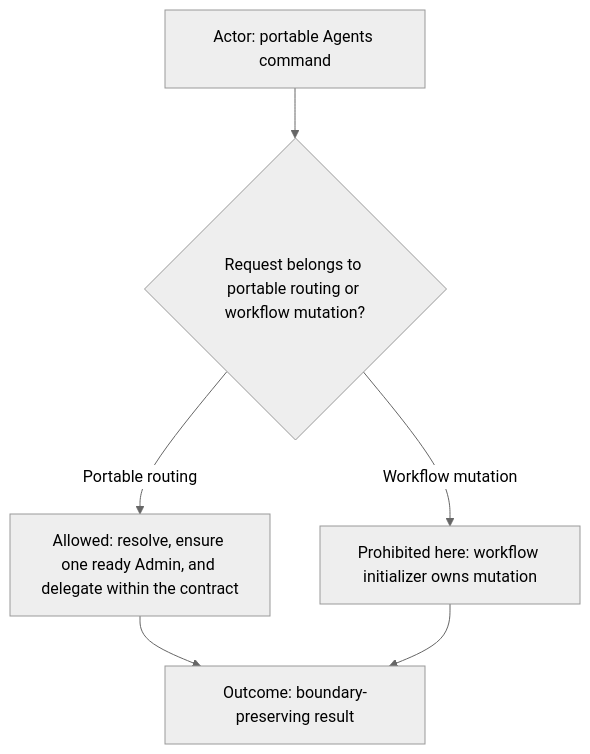
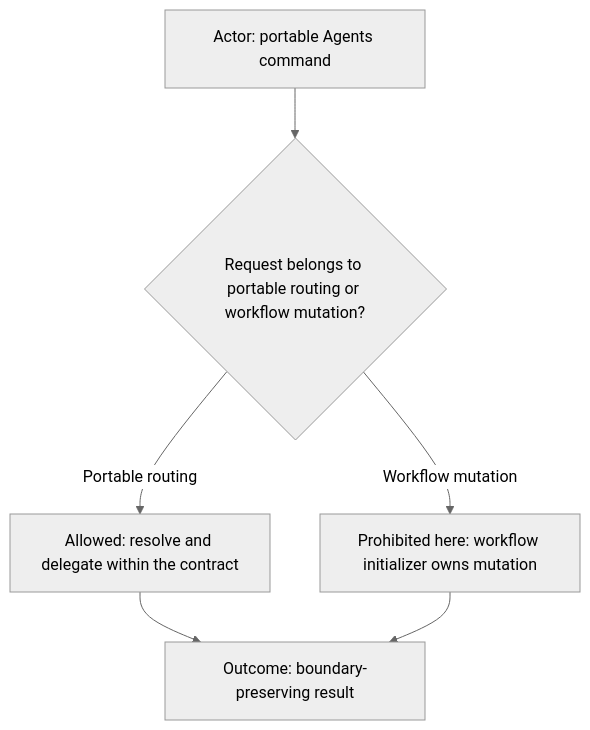
Diagram 13 of 13 in agents/agents.command.md (starodubtsevconsulting/ai-commands), drawn with Mermaid (neutral theme) before and after one commit. The commit also changed other lines of this file and 1 other file, not shown here.

Commit message:
agents: delegate initialization topology to workflows

````diff
--- a/agents/agents.command.md
+++ b/agents/agents.command.md
@@ -321,9 +309,9 @@
 ```mermaid
 flowchart TD
   Actor["Actor: portable Agents command"]
   Actor --> Decision{"Request belongs to portable routing or workflow mutation?"}
-  Decision -->|Portable routing| Allow["Allowed: resolve, ensure one ready Admin, and delegate within the contract"]
+  Decision -->|Portable routing| Allow["Allowed: resolve and delegate within the contract"]
   Decision -->|Workflow mutation| Block["Prohibited here: workflow initializer owns mutation"]
   Allow --> Outcome["Outcome: boundary-preserving result"]
   Block --> Outcome
 ```
````
